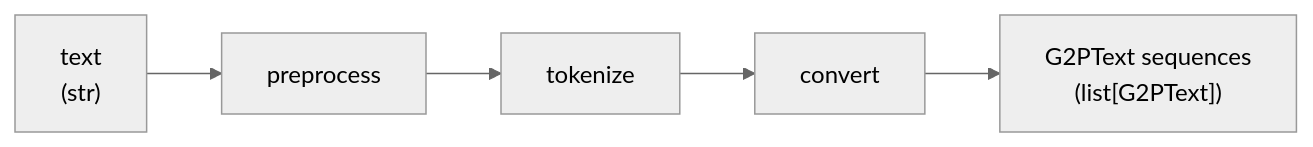
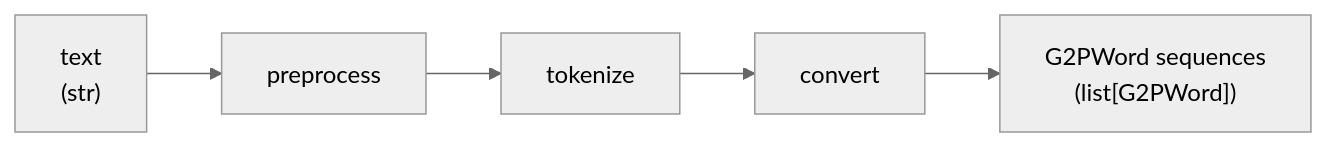
The diagram in docs/G2P.md (Xiantaidu/TIFA), drawn with Mermaid (neutral theme) before and after one commit. The commit also changed other lines of this file and 26 other files, not shown here.

````diff
--- a/docs/G2P.md
+++ b/docs/G2P.md
@@ -7,7 +7,7 @@
 ```mermaid
 flowchart LR
     Text["text<br/>(str)"] --> PP[preprocess]
     PP --> Tok[tokenize]
     Tok --> Conv[convert]
-    Conv --> Ph["G2PText sequences<br/>(list[G2PText])"]
+    Conv --> Ph["G2PWord sequences<br/>(list[G2PWord])"]
 ```
````
